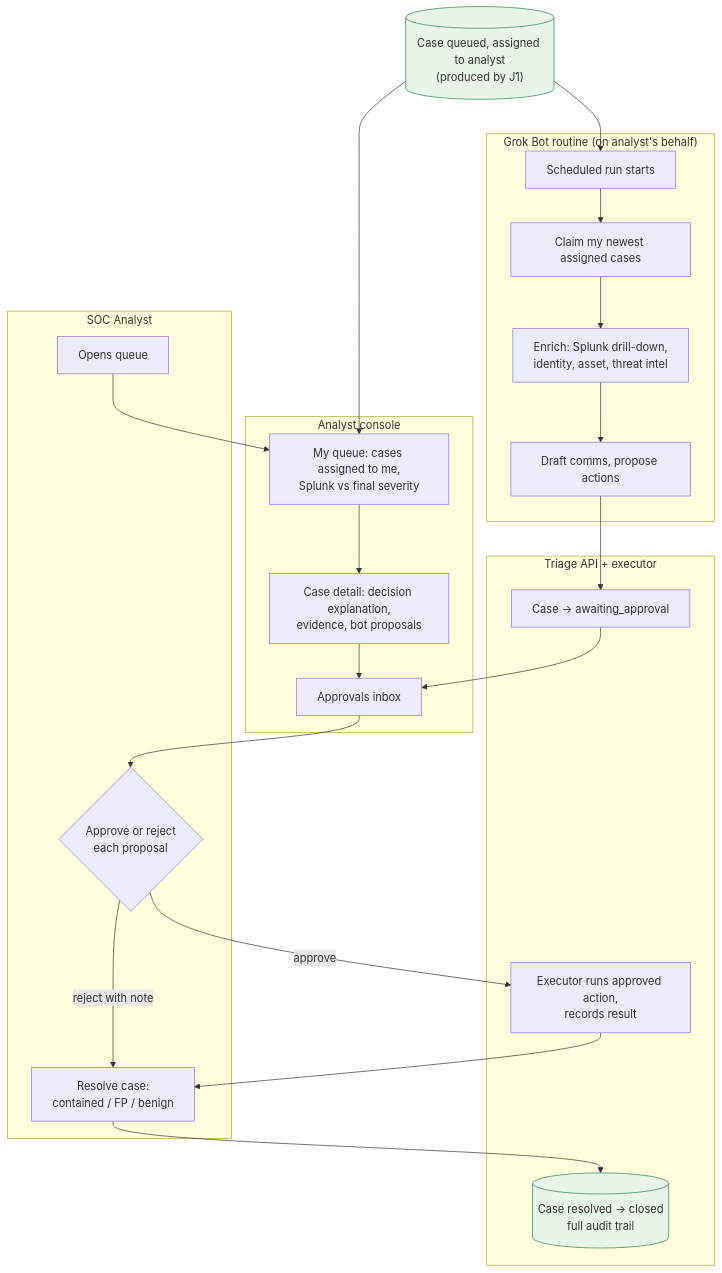
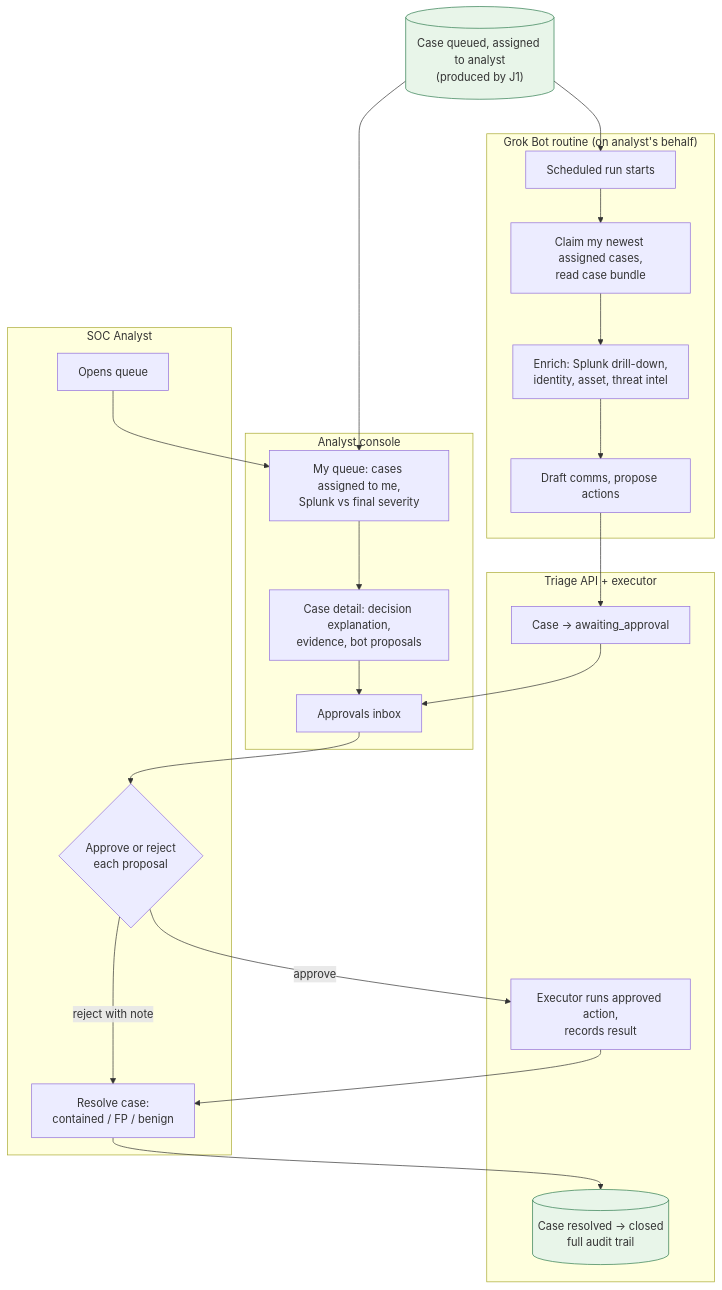
Before and after one commit to vihag/agentic-triage: the diagram in docs/uml/journey-j2-analyst-assisted-triage.md, drawn with Mermaid. The commit also changed other lines of this file and 22 other files, not shown here.

Commit message:
docs: mark contract gaps 1-2 closed (botGetCaseBundle, listBotRuns from #33); update J2, MCP adapter, console, contract map

````diff
--- a/docs/uml/journey-j2-analyst-assisted-triage.md
+++ b/docs/uml/journey-j2-analyst-assisted-triage.md
@@ -3,35 +3,35 @@
 ```mermaid
 %% name: uml-j2-journey-analyst-assisted-triage
 flowchart TB
   START[("Case queued, assigned to analyst<br/>(produced by J1)")]
   subgraph L1["Grok Bot routine (on analyst's behalf)"]
     G1["Scheduled run starts"]
-    G2["Claim my newest assigned cases"]
+    G2["Claim my newest assigned cases,<br/>read case bundle"]
     G3["Enrich: Splunk drill-down,<br/>identity, asset, threat intel"]
     G4["Draft comms, propose actions"]
   end
   subgraph L2["Analyst console"]
     U1["My queue: cases assigned to me,<br/>Splunk vs final severity"]
     U2["Case detail: decision explanation,<br/>evidence, bot proposals"]
     U3["Approvals inbox"]
   end
   subgraph L3["SOC Analyst"]
     H1["Opens queue"]
     H2{"Approve or reject<br/>each proposal"}
     H3["Resolve case:<br/>contained / FP / benign"]
   end
   subgraph L4["Triage API + executor"]
     S1["Case → awaiting_approval"]
     S2["Executor runs approved action,<br/>records result"]
     S3[("Case resolved → closed<br/>full audit trail")]
   end
   START --> G1 --> G2 --> G3 --> G4 --> S1
   START --> U1
   H1 --> U1 --> U2 --> U3 --> H2
   S1 --> U3
   H2 -->|approve| S2 --> H3
   H2 -->|reject with note| H3
   H3 --> S3
   classDef store fill:#e8f5e9,stroke:#2f7d4f
   class START,S3 store
 ```
````
